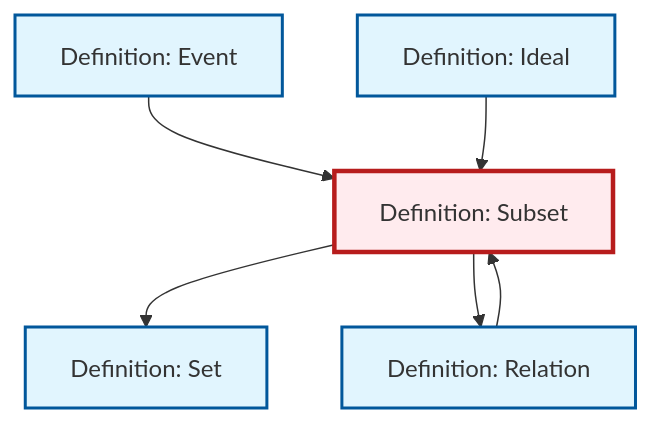
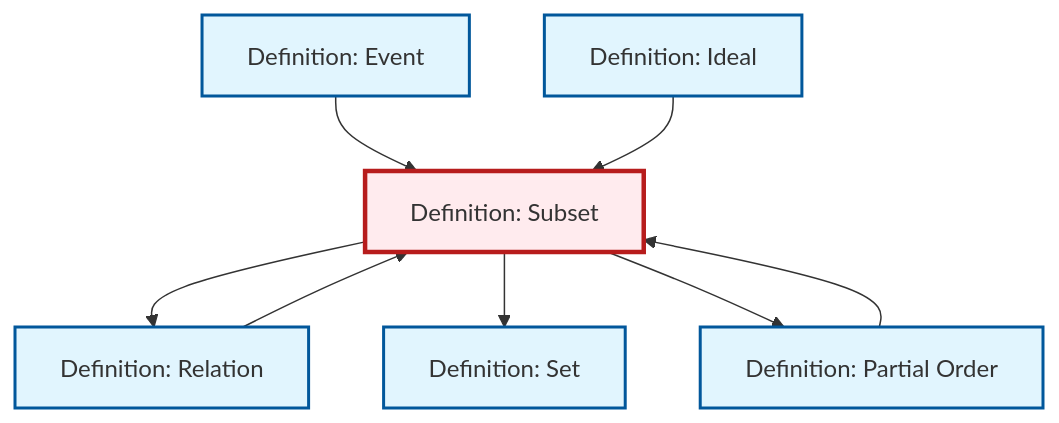
Before and after one commit to RK0429/ModernMath: the diagram in content/en/logic-set-theory/def-subset.qmd, drawn with Mermaid. The commit also changed 581 other files, not shown here.

````diff
--- a/content/en/logic-set-theory/def-subset.qmd
+++ b/content/en/logic-set-theory/def-subset.qmd
@@ -51,24 +51,28 @@
 ```{mermaid}
 %%| fig-cap: "Local dependency graph"
 graph TD
     classDef definition fill:#e1f5fe,stroke:#01579b,stroke-width:2px
     classDef theorem fill:#f3e5f5,stroke:#4a148c,stroke-width:2px
     classDef axiom fill:#fff3e0,stroke:#e65100,stroke-width:2px
     classDef example fill:#e8f5e9,stroke:#1b5e20,stroke-width:2px
     classDef current fill:#ffebee,stroke:#b71c1c,stroke-width:3px
+    def-subset["Definition: Subset"]:::definition
     def-event["Definition: Event"]:::definition
+    def-partial-order["Definition: Partial Order"]:::definition
     def-ideal["Definition: Ideal"]:::definition
+    def-relation["Definition: Relation"]:::definition
     def-set["Definition: Set"]:::definition
-    def-relation["Definition: Relation"]:::definition
-    def-subset["Definition: Subset"]:::definition
+    def-subset --> def-relation
+    def-subset --> def-set
     def-event --> def-subset
-    def-subset --> def-set
-    def-subset --> def-relation
+    def-subset --> def-partial-order
+    def-partial-order --> def-subset
     def-ideal --> def-subset
     def-relation --> def-subset
     class def-subset current
     click def-event "def-event.html" "Go to Event definition"
+    click def-partial-order "def-partial-order.html" "Go to Partial Order definition"
     click def-ideal "def-ideal.html" "Go to Ideal definition"
+    click def-relation "def-relation.html" "Go to Relation definition"
     click def-set "def-set.html" "Go to Set definition"
-    click def-relation "def-relation.html" "Go to Relation definition"
 ```
````
